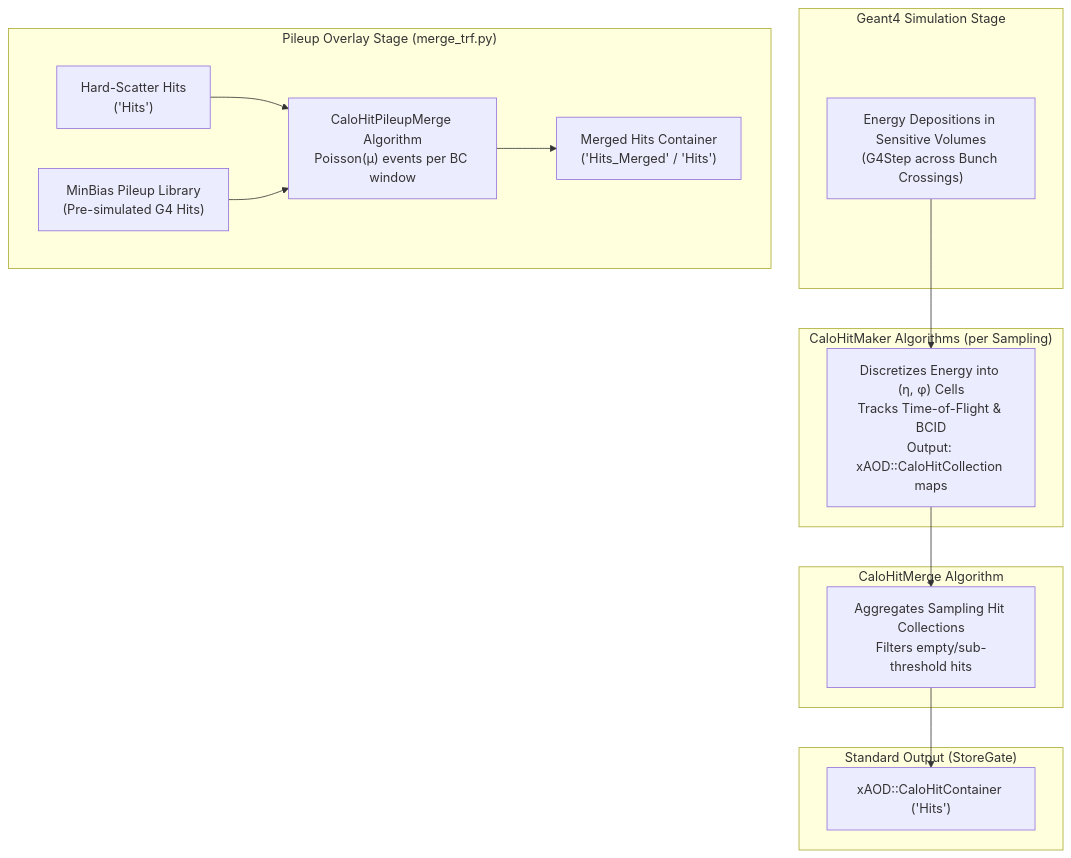
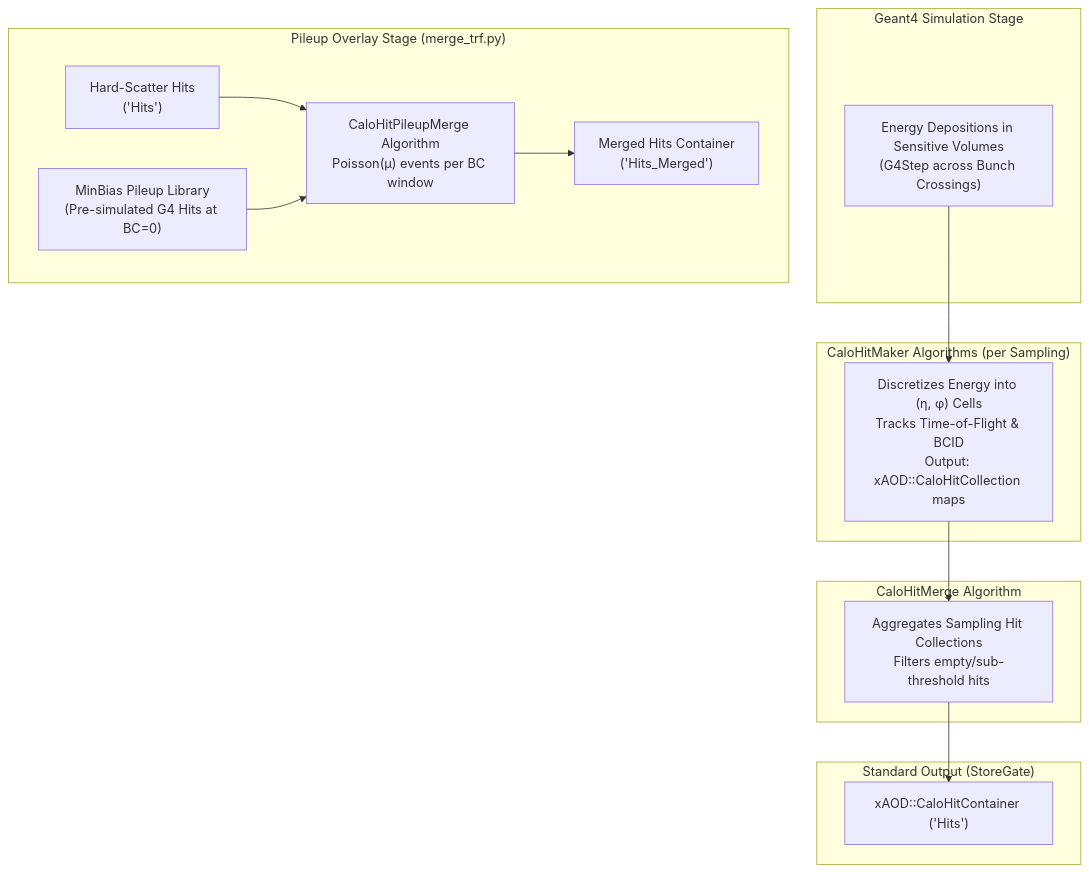
One commit to lorenzetti-ufrj-br/lorenzetti changed the first of 2 diagrams in reconstruction/calorimeter/CaloHitBuilder/README.md. Above: the diagram before and after it, drawn with Mermaid. The commit also changed other lines of this file and 11 other files, not shown here.

````diff
--- a/reconstruction/calorimeter/CaloHitBuilder/README.md
+++ b/reconstruction/calorimeter/CaloHitBuilder/README.md
@@ -11,32 +11,32 @@
 ```mermaid
 graph TD
     subgraph Simulation ["Geant4 Simulation Stage"]
         G4Steps["Energy Depositions in Sensitive Volumes<br/>(G4Step across Bunch Crossings)"]
     end
 
     subgraph SamplingHitBuilding ["CaloHitMaker Algorithms (per Sampling)"]
         Maker["Discretizes Energy into (&eta;, &phi;) Cells<br/>Tracks Time-of-Flight &amp; BCID<br/>Output: xAOD::CaloHitCollection maps"]
     end
 
     subgraph MergingPipeline ["CaloHitMerge Algorithm"]
         Merge["Aggregates Sampling Hit Collections<br/>Filters empty/sub-threshold hits"]
     end
 
     subgraph PileupOverlay ["Pileup Overlay Stage (merge_trf.py)"]
         HS["Hard-Scatter Hits<br/>('Hits')"]
-        MB["MinBias Pileup Library<br/>(Pre-simulated G4 Hits)"]
+        MB["MinBias Pileup Library<br/>(Pre-simulated G4 Hits at BC=0)"]
         Pileup["CaloHitPileupMerge Algorithm<br/>Poisson(&mu;) events per BC window"]
-        MergedHits["Merged Hits Container<br/>('Hits_Merged' / 'Hits')"]
+        MergedHits["Merged Hits Container<br/>('Hits_Merged')"]
         HS --> Pileup
         MB --> Pileup
         Pileup --> MergedHits
     end
 
     subgraph Output ["Standard Output (StoreGate)"]
         Hits["xAOD::CaloHitContainer ('Hits')"]
     end
 
     G4Steps --> Maker
     Maker --> Merge
     Merge --> Hits
 ```
````
